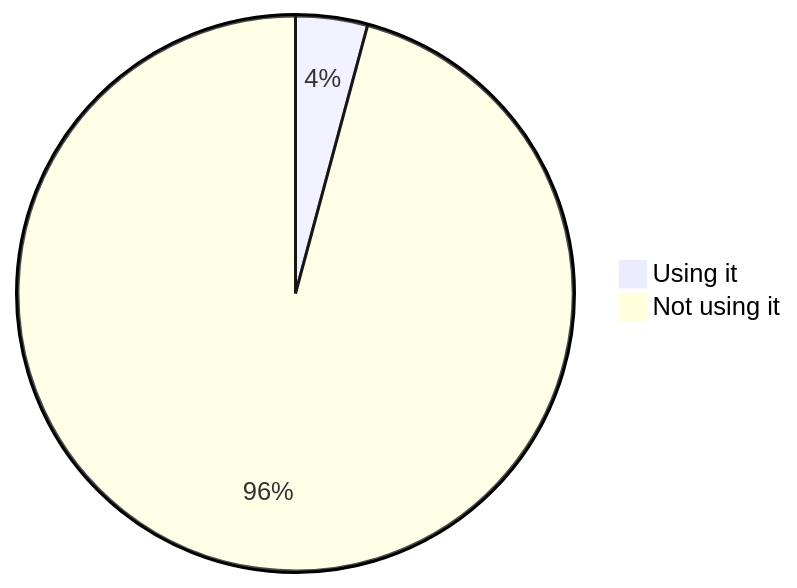
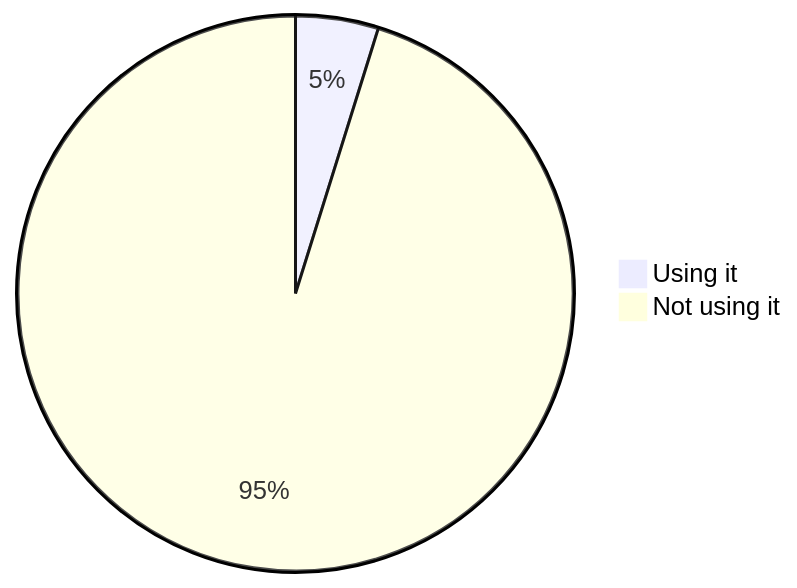
Before and after one commit to oshp/oshp-stats: diagram 11 of 22 in stats.md, drawn with Mermaid. The commit also changed other lines of this file, not shown here.

````diff
--- a/stats.md
+++ b/stats.md
@@ -130,6 +130,6 @@
 ```mermaid
 pie
-	"Using it" : 4.18
-	"Not using it" : 95.82
+	"Using it" : 4.82
+	"Not using it" : 95.18
 
 ```
````
